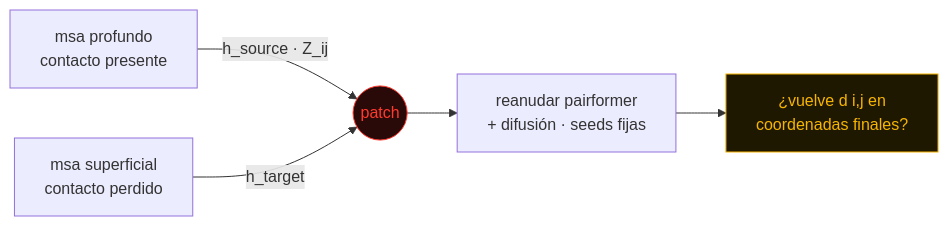
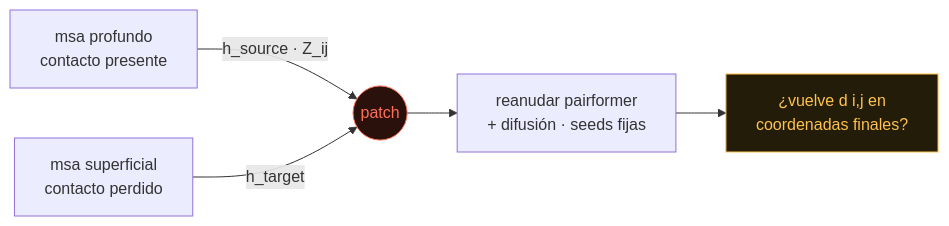
The second of 2 diagrams in slides.md (ebardann/presentacion-tesis), drawn with Mermaid before and after one commit. The commit also changed other lines of this file and 10 other files, not shown here.

````diff
--- a/slides.md
+++ b/slides.md
@@ -229,9 +229,9 @@
 ```mermaid {scale: 0.75}
 flowchart LR
   D[msa profundo<br/>contacto presente] -->|h_source · Z_ij| P((patch))
   S[msa superficial<br/>contacto perdido] -->|h_target| P
   P --> R[reanudar pairformer<br/>+ difusión · seeds fijas]
   R --> M[¿vuelve d i,j en<br/>coordenadas finales?]
-  style P fill:#2a0a08,stroke:#ff3a2f,color:#ff3a2f
-  style M fill:#1f1800,stroke:#f7b500,color:#f7b500
+  style P fill:#2a110c,stroke:#ff6f59,color:#ff6f59
+  style M fill:#221c08,stroke:#ffc24b,color:#ffc24b
 ```
````
